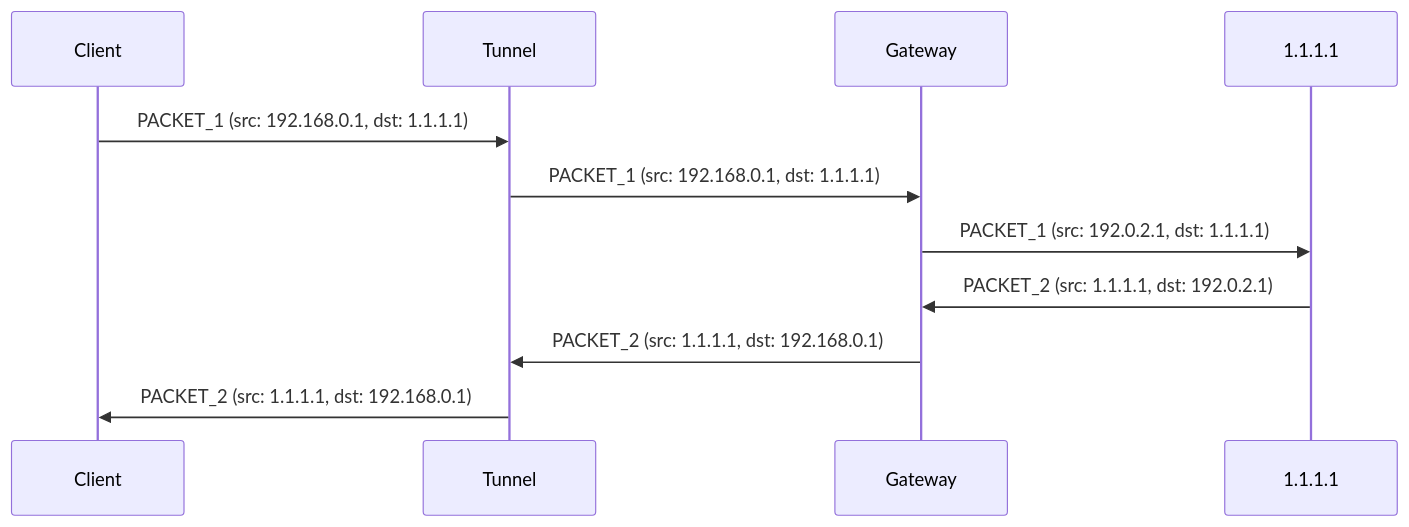
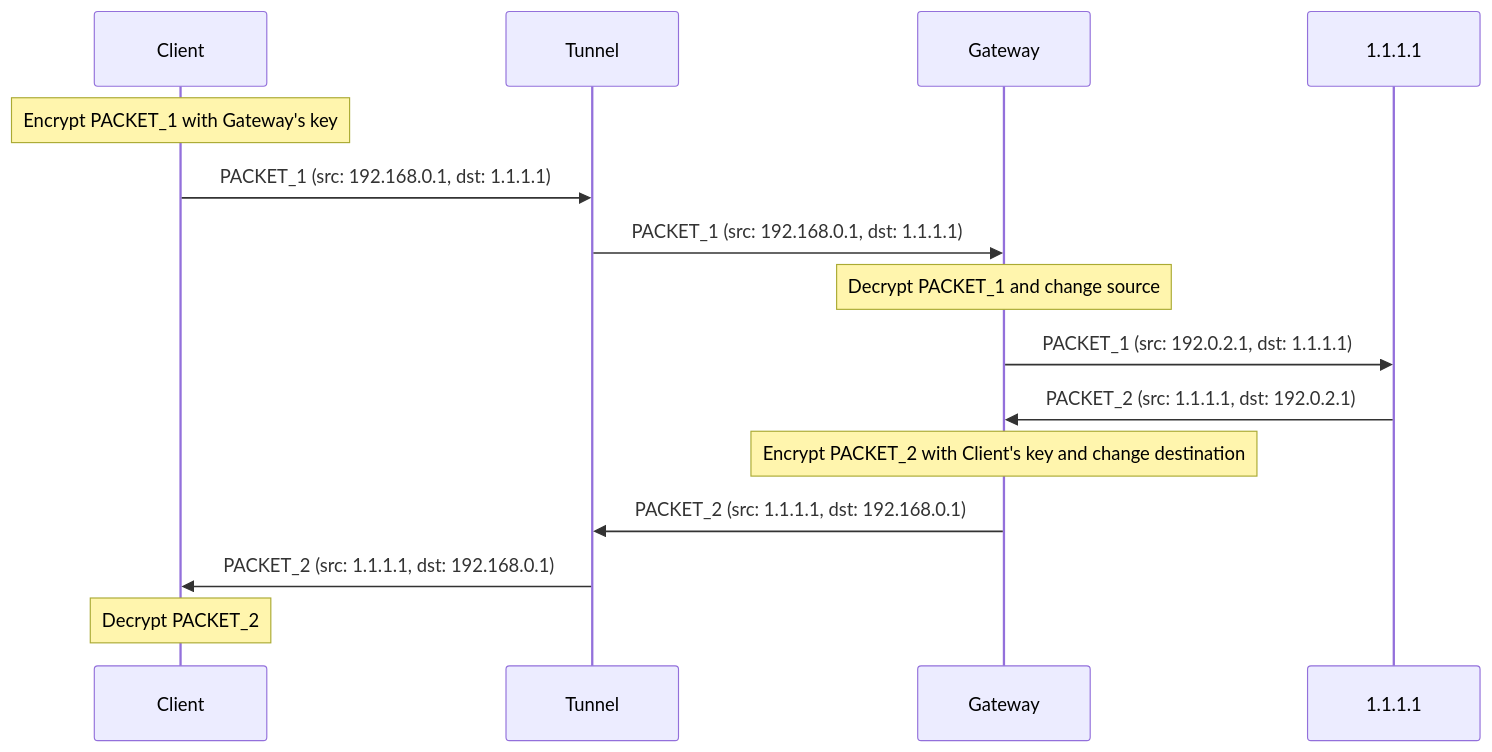
Before and after one commit to relaycorp/fanqiang-poc: the diagram in README.md, drawn with Mermaid. The commit also changed other lines of this file, not shown here.

Commit message:
Document encryption amongst components

````diff
--- a/README.md
+++ b/README.md
@@ -37,14 +37,18 @@
 ```mermaid
 sequenceDiagram
     participant Client
     participant Tunnel
     participant Gateway
     participant Server as 1.1.1.1
     
+    note over Client: Encrypt PACKET_1 with Gateway's key
     Client->>Tunnel: PACKET_1 (src: 192.168.0.1, dst: 1.1.1.1)
     Tunnel->>Gateway: PACKET_1 (src: 192.168.0.1, dst: 1.1.1.1)
+    note over Gateway: Decrypt PACKET_1 and change source
     Gateway->>Server: PACKET_1 (src: 192.0.2.1, dst: 1.1.1.1)
     Server->>Gateway: PACKET_2 (src: 1.1.1.1, dst: 192.0.2.1)
+    note over Gateway: Encrypt PACKET_2 with Client's key and change destination
     Gateway->>Tunnel: PACKET_2 (src: 1.1.1.1, dst: 192.168.0.1)
     Tunnel->>Client: PACKET_2 (src: 1.1.1.1, dst: 192.168.0.1)
+    note over Client: Decrypt PACKET_2
 ```
````
